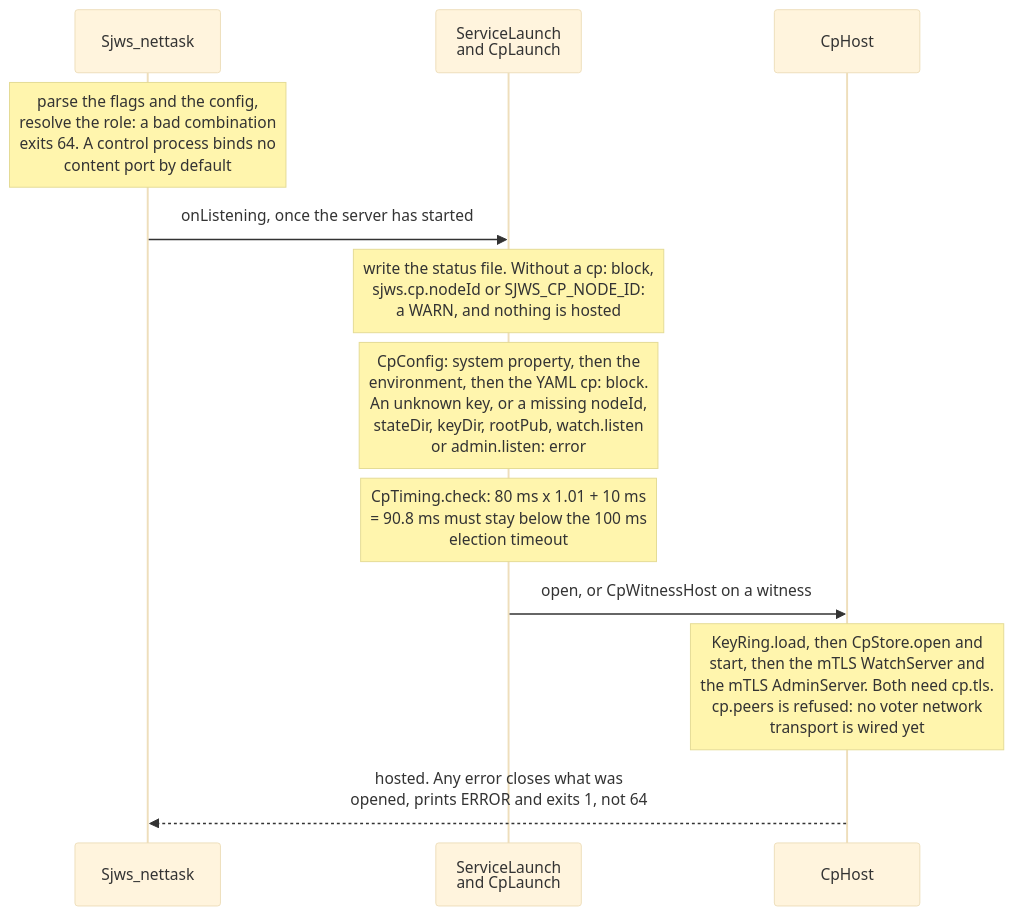
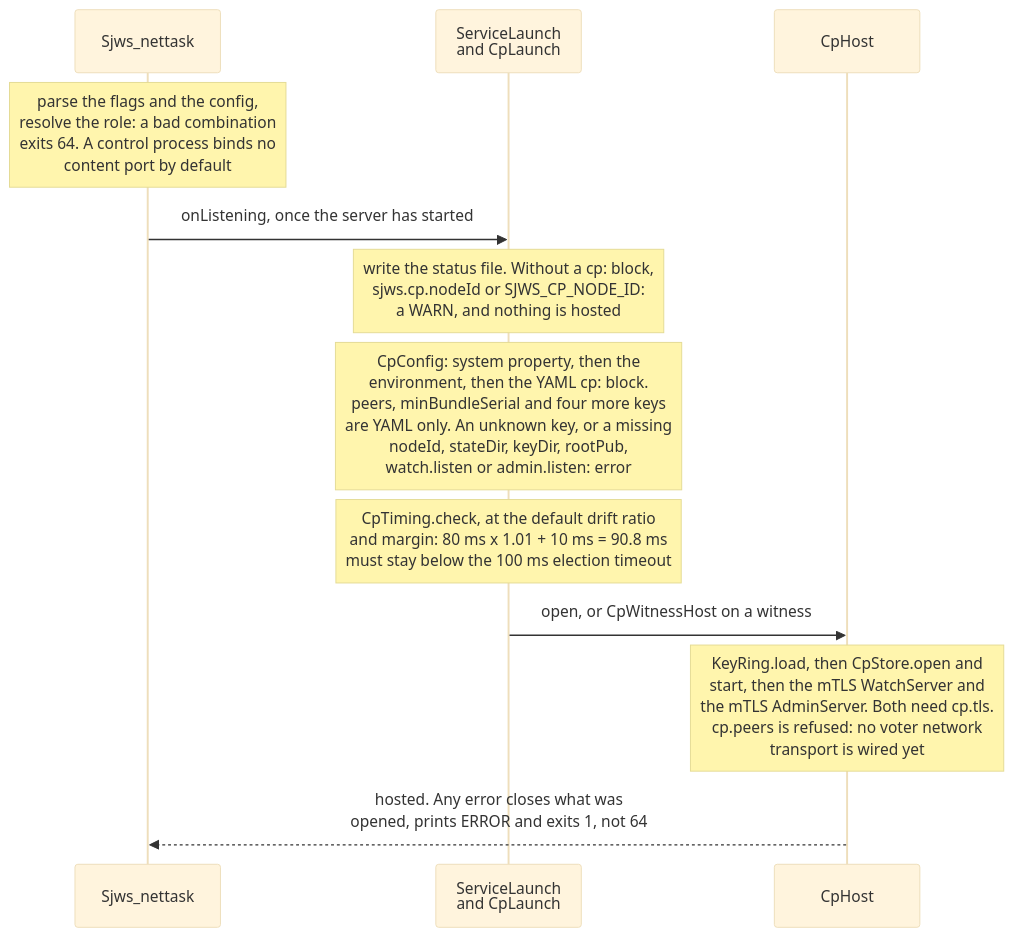
Before and after one commit to BlivionIaG/sjws_nettask: the first of 3 diagrams in docs/design/control-plane-hosting.md, drawn with Mermaid (base theme). The commit also changed other lines of this file and 19 other files, not shown here.

First line of the commit message:
docs: fix the diagrams the fact-check found imprecise

````diff
--- a/docs/design/control-plane-hosting.md
+++ b/docs/design/control-plane-hosting.md
@@ -32,15 +32,15 @@
 ```mermaid
 sequenceDiagram
     participant M as Sjws_nettask
     participant L as ServiceLaunch<br/>and CpLaunch
     participant C as CpHost
 
     Note over M: parse the flags and the config,<br/>resolve the role: a bad combination<br/>exits 64. A control process binds no<br/>content port by default
     M->>L: onListening, once the server has started
     Note over L: write the status file. Without a cp: block,<br/>sjws.cp.nodeId or SJWS_CP_NODE_ID:<br/>a WARN, and nothing is hosted
-    Note over L: CpConfig: system property, then the<br/>environment, then the YAML cp: block.<br/>An unknown key, or a missing nodeId,<br/>stateDir, keyDir, rootPub, watch.listen<br/>or admin.listen: error
-    Note over L: CpTiming.check: 80 ms x 1.01 + 10 ms<br/>= 90.8 ms must stay below the 100 ms<br/>election timeout
+    Note over L: CpConfig: system property, then the<br/>environment, then the YAML cp: block.<br/>peers, minBundleSerial and four more keys<br/>are YAML only. An unknown key, or a missing<br/>nodeId, stateDir, keyDir, rootPub,<br/>watch.listen or admin.listen: error
+    Note over L: CpTiming.check, at the default drift ratio<br/>and margin: 80 ms x 1.01 + 10 ms = 90.8 ms<br/>must stay below the 100 ms election timeout
     L->>C: open, or CpWitnessHost on a witness
     Note over C: KeyRing.load, then CpStore.open and<br/>start, then the mTLS WatchServer and<br/>the mTLS AdminServer. Both need cp.tls.<br/>cp.peers is refused: no voter network<br/>transport is wired yet
     C-->>M: hosted. Any error closes what was<br/>opened, prints ERROR and exits 1, not 64
 ```
````
